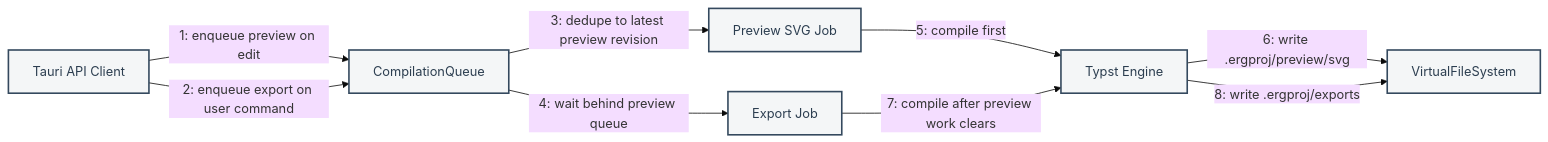
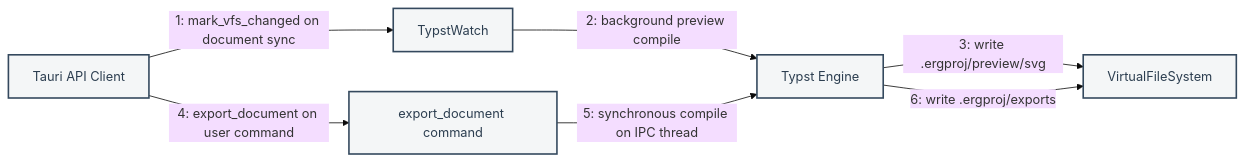
Before and after one commit to andmoreduro/ergo: the third of 3 diagrams in context/collaboration-diagrams.md, drawn with Mermaid (base theme). The commit also changed other lines of this file and 7 other files, not shown here.

First line of the commit message:
docs: align architecture diagrams with TypstWatch and resource previews

````diff
--- a/context/collaboration-diagrams.md
+++ b/context/collaboration-diagrams.md
@@ -76,22 +77,19 @@
 ```mermaid
 flowchart LR
     classDef comp fill:#f4f6f7,stroke:#34495e,stroke-width:2px,color:#2c3e50;
 
     API["Tauri API Client"]
-    Queue["CompilationQueue"]
-    PreviewJob["Preview SVG Job"]
-    ExportJob["Export Job"]
+    Watch["TypstWatch"]
+    ExportCmd["export_document command"]
     Compiler["Typst Engine"]
     VFS["VirtualFileSystem"]
 
-    API -- "1: enqueue preview on edit" --> Queue
-    API -- "2: enqueue export on user command" --> Queue
-    Queue -- "3: dedupe to latest preview revision" --> PreviewJob
-    Queue -- "4: wait behind preview queue" --> ExportJob
-    PreviewJob -- "5: compile first" --> Compiler
-    Compiler -- "6: write .ergproj/preview/svg" --> VFS
-    ExportJob -- "7: compile after preview work clears" --> Compiler
-    Compiler -- "8: write .ergproj/exports" --> VFS
+    API -- "1: mark_vfs_changed on document sync" --> Watch
+    Watch -- "2: background preview compile" --> Compiler
+    Compiler -- "3: write .ergproj/preview/svg" --> VFS
+    API -- "4: export_document on user command" --> ExportCmd
+    ExportCmd -- "5: synchronous compile on IPC thread" --> Compiler
+    Compiler -- "6: write .ergproj/exports" --> VFS
 
-    class API,Queue,PreviewJob,ExportJob,Compiler,VFS comp;
+    class API,Watch,ExportCmd,Compiler,VFS comp;
 ```
````
